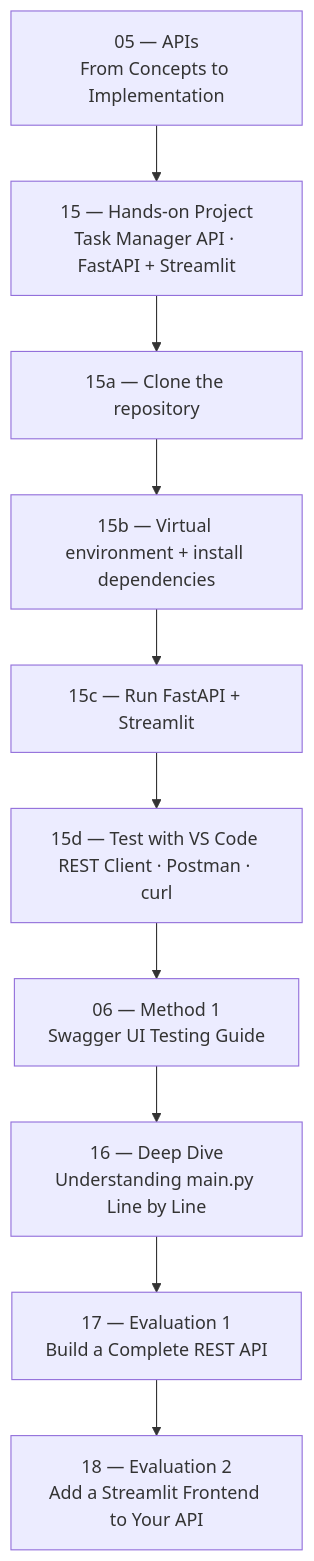
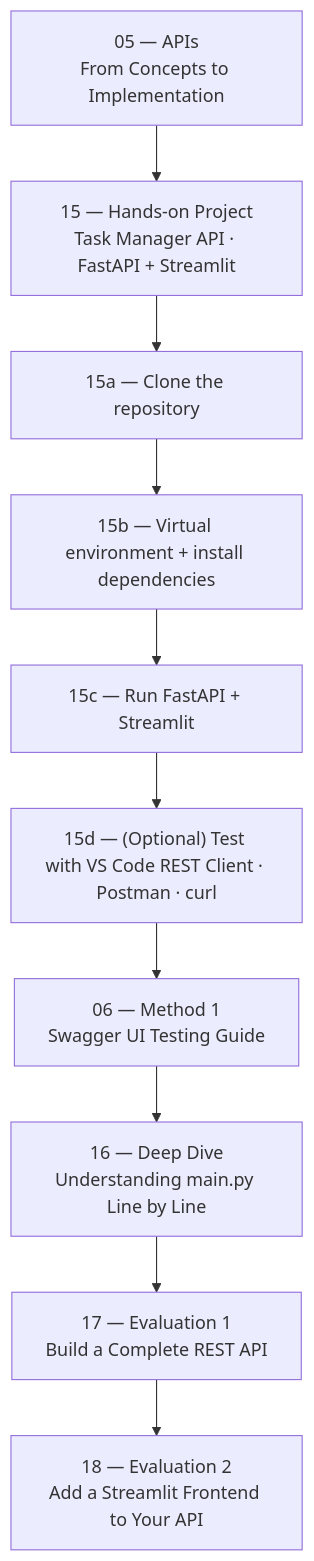
The second of 2 diagrams in README.md (inskillflow/fastapi-en), drawn with Mermaid before and after one commit.

````diff
--- a/README.md
+++ b/README.md
@@ -52,13 +52,13 @@
 ```mermaid
 flowchart TD
     FT1["05 — APIs\nFrom Concepts to Implementation"]
     FT1 --> FT2["15 — Hands-on Project\nTask Manager API · FastAPI + Streamlit"]
     FT2 --> FT2a["15a — Clone the repository"]
     FT2a --> FT2b["15b — Virtual environment + install dependencies"]
     FT2b --> FT2c["15c — Run FastAPI + Streamlit"]
-    FT2c --> FT2d["15d — Test with VS Code REST Client · Postman · curl"]
+    FT2c --> FT2d["15d — (Optional) Test with VS Code REST Client · Postman · curl"]
     FT2d --> FT3["06 — Method 1\nSwagger UI Testing Guide"]
     FT3 --> FT4["16 — Deep Dive\nUnderstanding main.py Line by Line"]
     FT4 --> FT5["17 — Evaluation 1\nBuild a Complete REST API"]
     FT5 --> FT6["18 — Evaluation 2\nAdd a Streamlit Frontend to Your API"]
 ```
````
